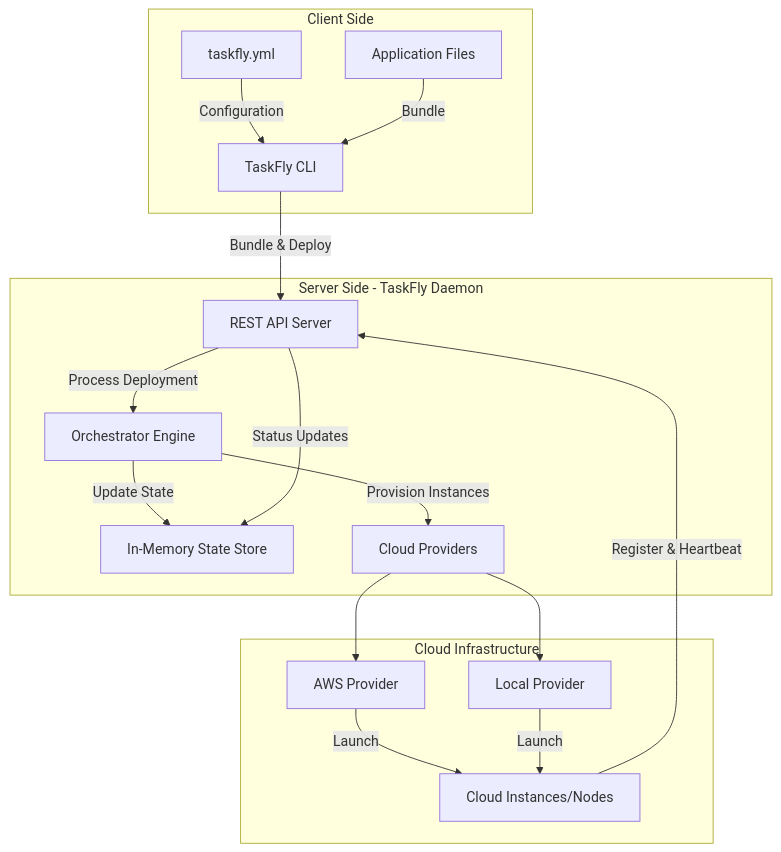
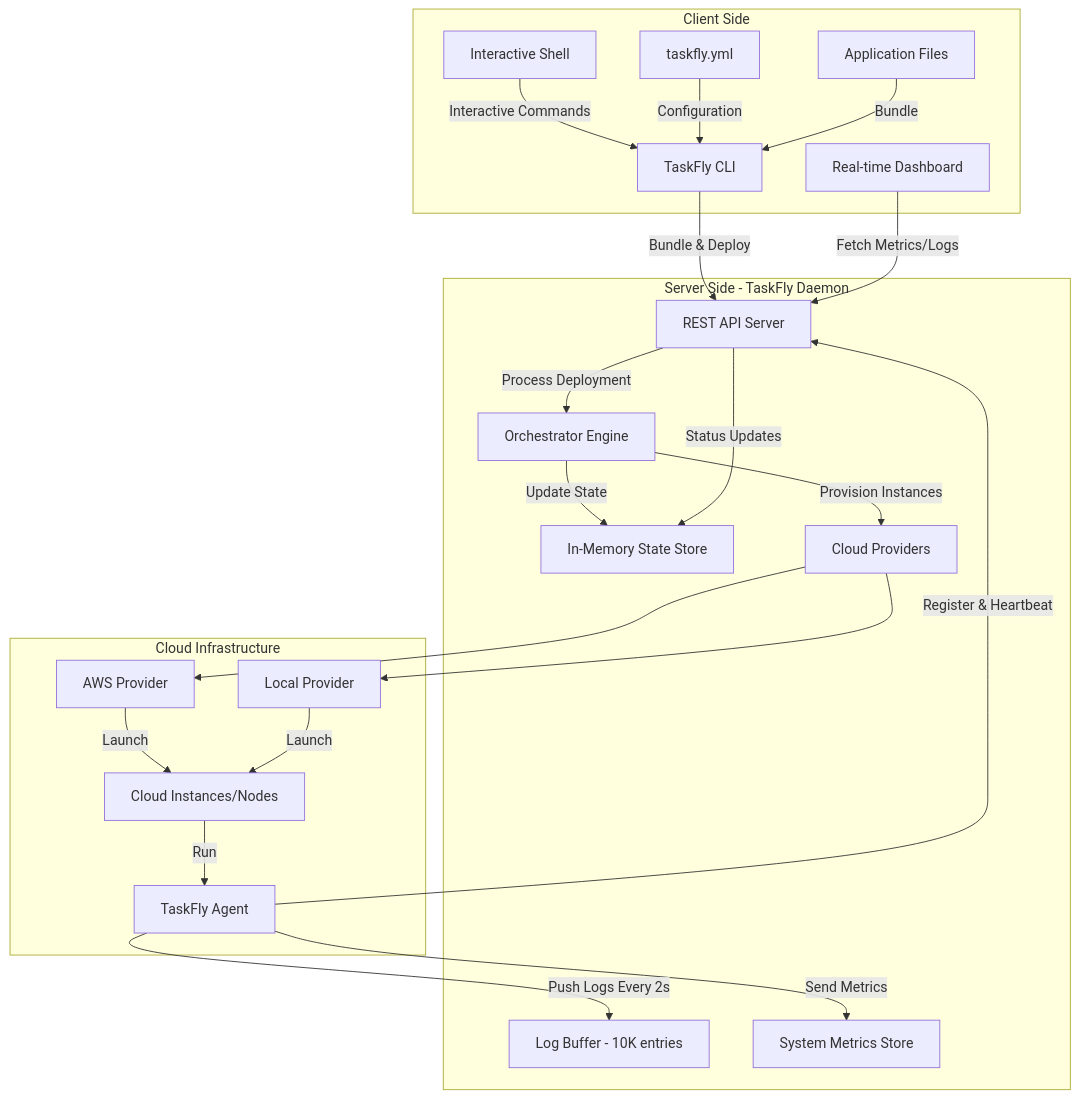
One commit to JustinTimperio/TaskFly changed the first of 9 diagrams in docs/ARCHITECTURE.md. Above: the diagram before and after it, drawn with Mermaid. The commit also changed other lines of this file and 15 other files, not shown here.

````diff
--- a/docs/ARCHITECTURE.md
+++ b/docs/ARCHITECTURE.md
@@ -9,34 +9,44 @@
 ```mermaid
 graph TB
     subgraph "Client Side"
         CLI[TaskFly CLI]
+        Shell[Interactive Shell]
+        Dashboard[Real-time Dashboard]
         Config[taskfly.yml]
         AppFiles[Application Files]
     end
 
     subgraph "Server Side - TaskFly Daemon"
         API[REST API Server]
         Orchestrator[Orchestrator Engine]
         StateStore[In-Memory State Store]
+        LogStore[Log Buffer - 10K entries]
+        MetricsStore[System Metrics Store]
         CloudProviders[Cloud Providers]
     end
 
     subgraph "Cloud Infrastructure"
         AWS[AWS Provider]
         Local[Local Provider]
         Instances[Cloud Instances/Nodes]
+        Agent[TaskFly Agent]
     end
 
     CLI -->|Bundle & Deploy| API
+    Shell -->|Interactive Commands| CLI
+    Dashboard -->|Fetch Metrics/Logs| API
     Config -->|Configuration| CLI
     AppFiles -->|Bundle| CLI
     API -->|Process Deployment| Orchestrator
     Orchestrator -->|Update State| StateStore
     Orchestrator -->|Provision Instances| CloudProviders
     CloudProviders --> AWS
     CloudProviders --> Local
     AWS -->|Launch| Instances
     Local -->|Launch| Instances
-    Instances -->|Register & Heartbeat| API
+    Instances -->|Run| Agent
+    Agent -->|Register & Heartbeat| API
+    Agent -->|Push Logs Every 2s| LogStore
+    Agent -->|Send Metrics| MetricsStore
     API -->|Status Updates| StateStore
 ```
````
